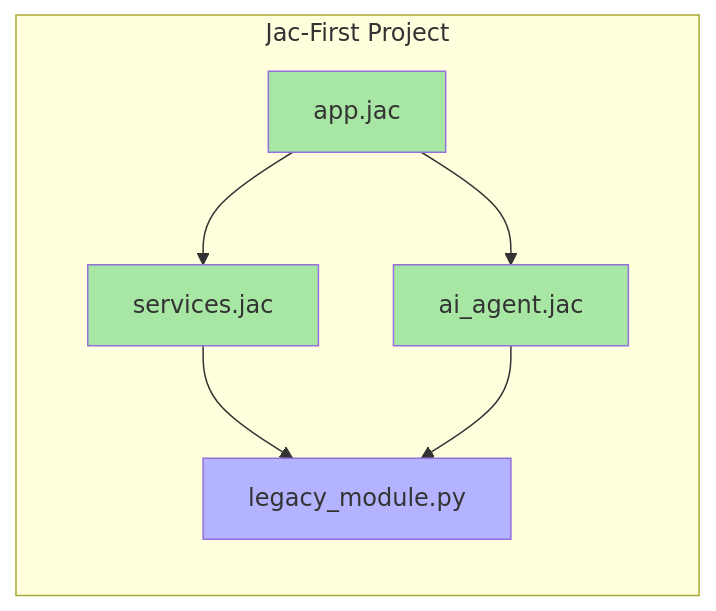
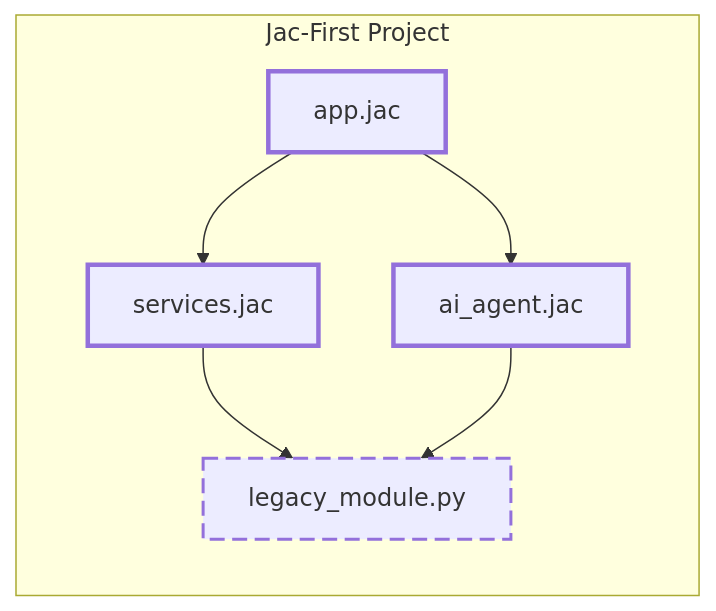
The sixth of 9 diagrams in docs/blog/posts/welcome.md (marsninja/blog), drawn with Mermaid before and after one commit. The commit also changed other lines of this file, not shown here.

````diff
--- a/docs/blog/posts/welcome.md
+++ b/docs/blog/posts/welcome.md
@@ -184,18 +184,18 @@
 ```mermaid
 graph LR
     subgraph "Jac-First Project"
         J2[app.jac]
         J3[services.jac]
         J4[ai_agent.jac]
         P4[legacy_module.py]
         J2 --> J3
         J2 --> J4
         J3 --> P4
         J4 --> P4
     end
-    
-    style P4 fill:#b3b3ff
-    style J2 fill:#a8e6a3
-    style J3 fill:#a8e6a3
-    style J4 fill:#a8e6a3
+
+    style P4 stroke-width:2px,stroke-dasharray: 10 5
+    style J2 stroke-width:3px
+    style J3 stroke-width:3px
+    style J4 stroke-width:3px
 ```
````
